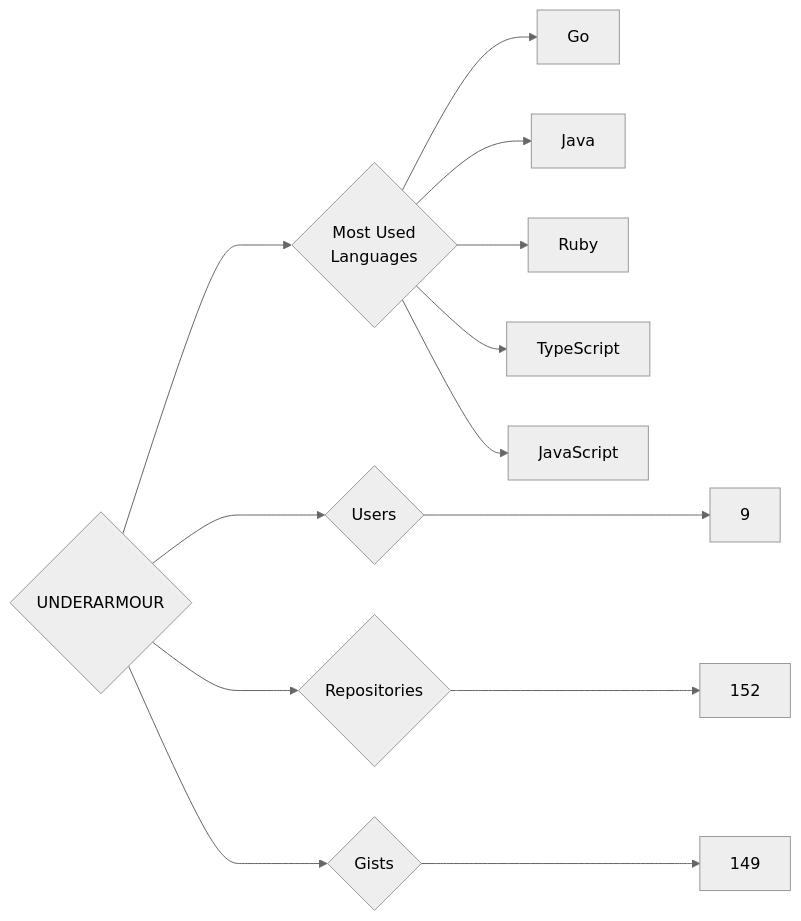
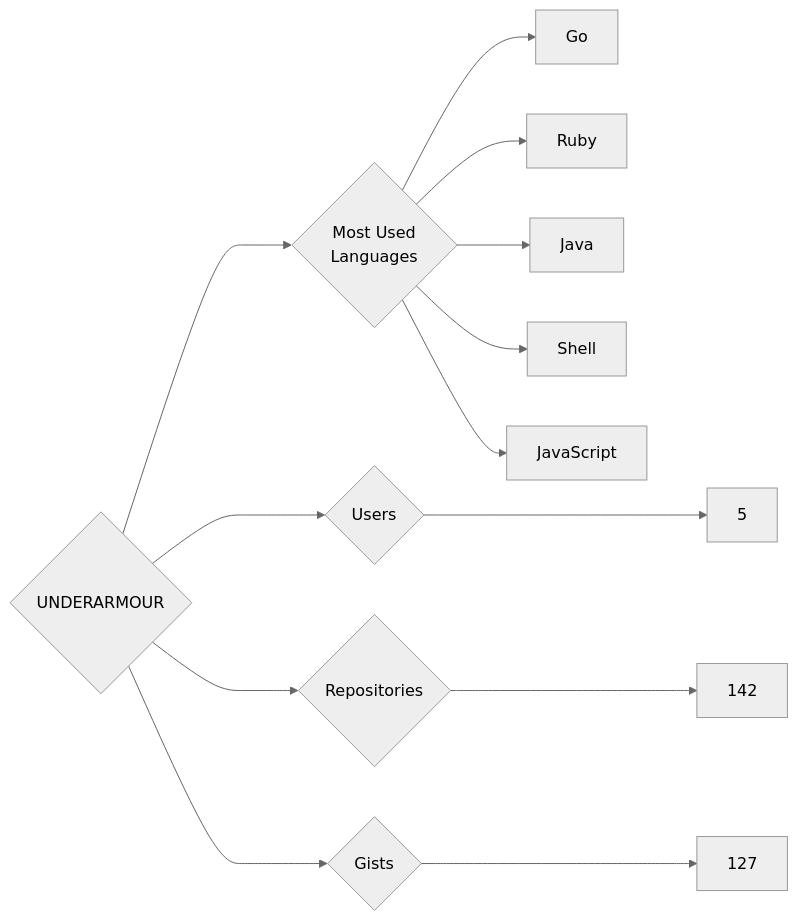
One commit to trickest/insiders changed the diagram in targets/UNDERARMOUR/README.md. Above: the diagram before and after it, drawn with Mermaid (neutral theme). The commit also changed 1479 other files, not shown here.

````diff
--- a/targets/UNDERARMOUR/README.md
+++ b/targets/UNDERARMOUR/README.md
@@ -3,13 +3,13 @@
 ```mermaid
 graph LR
 COMPANY_NAME{UNDERARMOUR}
-COMPANY_NAME ---> U{Users} ---> UN[9]
-COMPANY_NAME ---> R{Repositories} ---> RN[152]
-COMPANY_NAME ---> G{Gists} ---> GN[149]
+COMPANY_NAME ---> U{Users} ---> UN[5]
+COMPANY_NAME ---> R{Repositories} ---> RN[142]
+COMPANY_NAME ---> G{Gists} ---> GN[127]
 COMPANY_NAME ---> ML{Most Used<br>Languages}
 ML --> Go[Go]
+ML --> Ruby[Ruby]
 ML --> Java[Java]
-ML --> Ruby[Ruby]
-ML --> TypeScript[TypeScript]
+ML --> Shell[Shell]
 ML --> JavaScript[JavaScript]
 ```
````
